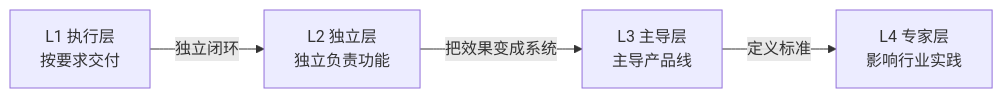
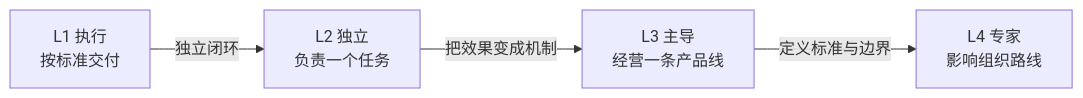
Before and after one commit to AI-PM-Wiki/AIPM: the third of 6 diagrams in docs/intro/capability.md, drawn with Mermaid. The commit also changed other lines of this file and 26 other files, not shown here.

````diff
--- a/docs/intro/capability.md
+++ b/docs/intro/capability.md
@@ -113,6 +158,6 @@
 ```mermaid
 flowchart LR
-    l1[L1 执行层<br>按要求交付] -->|独立闭环| l2[L2 独立层<br>独立负责功能]
-    l2 -->|把效果变成系统| l3[L3 主导层<br>主导产品线]
-    l3 -->|定义标准| l4[L4 专家层<br>影响行业实践]
+    l1[L1 执行<br/>按标准交付] -->|独立闭环| l2[L2 独立<br/>负责一个任务]
+    l2 -->|把效果变成机制| l3[L3 主导<br/>经营一条产品线]
+    l3 -->|定义标准与边界| l4[L4 专家<br/>影响组织路线]
 ```
````
